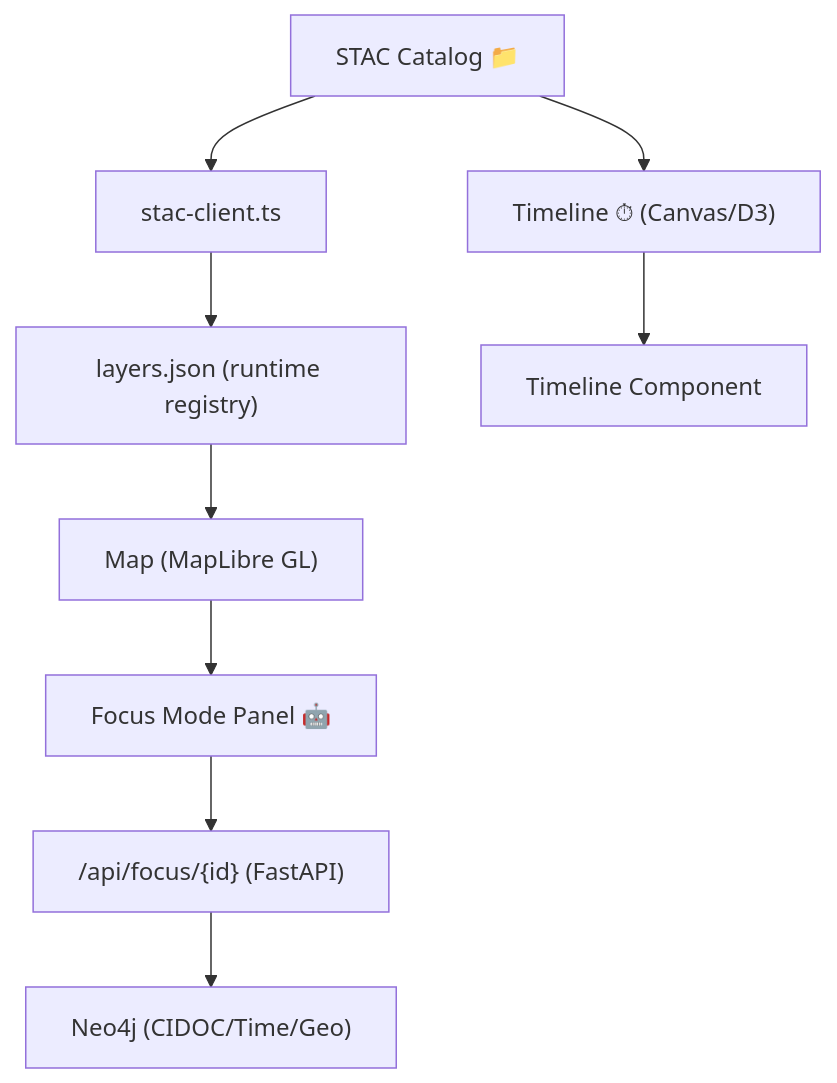
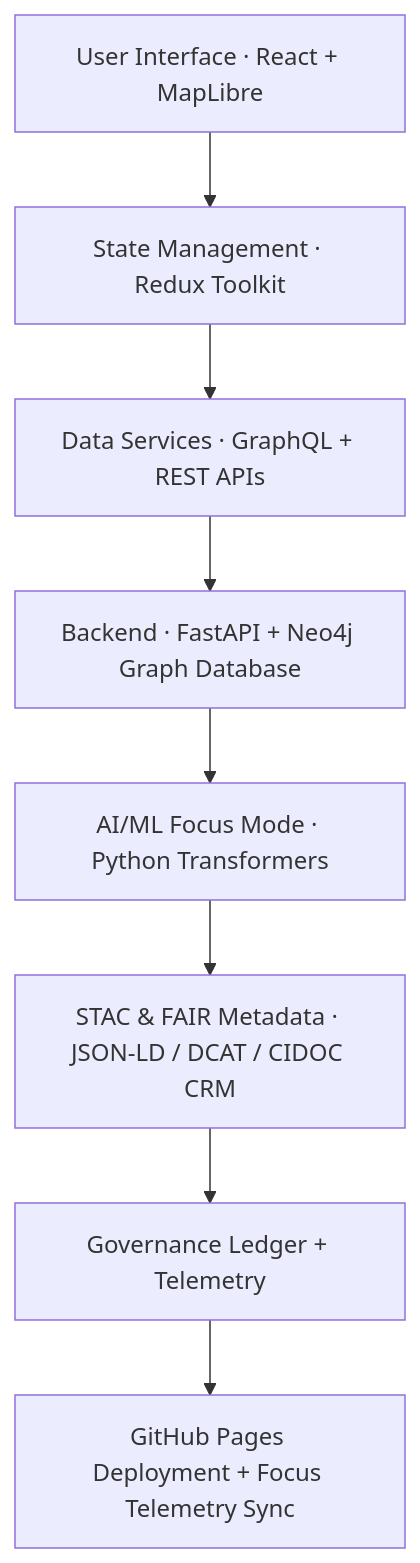
The first of 3 diagrams in web/ARCHITECTURE.md (bartytime4life/Kansas-Frontier-Matrix), drawn with Mermaid before and after one commit. The commit also changed other lines of this file, not shown here.

````diff
--- a/web/ARCHITECTURE.md
+++ b/web/ARCHITECTURE.md
@@ -126,11 +50,10 @@
 ```mermaid
 flowchart TD
-  A["STAC Catalog 📁"] --> B["stac-client.ts"]
-  B --> C["layers.json (runtime registry)"]
-  C --> D["Map (MapLibre GL)"]
-  A --> E["Timeline ⏱ (Canvas/D3)"]
-  E --> F["Timeline Component"]
-  D --> G["Focus Mode Panel 🤖"]
-  G --> H["/api/focus/{id} (FastAPI)"]
-  H --> I["Neo4j (CIDOC/Time/Geo)"]
+A[User Interface · React + MapLibre] --> B[State Management · Redux Toolkit]
+B --> C[Data Services · GraphQL + REST APIs]
+C --> D[Backend · FastAPI + Neo4j Graph Database]
+D --> E[AI/ML Focus Mode · Python Transformers]
+E --> F[STAC & FAIR Metadata · JSON-LD / DCAT / CIDOC CRM]
+F --> G[Governance Ledger + Telemetry]
+G --> H[GitHub Pages Deployment + Focus Telemetry Sync]
 ```
````
